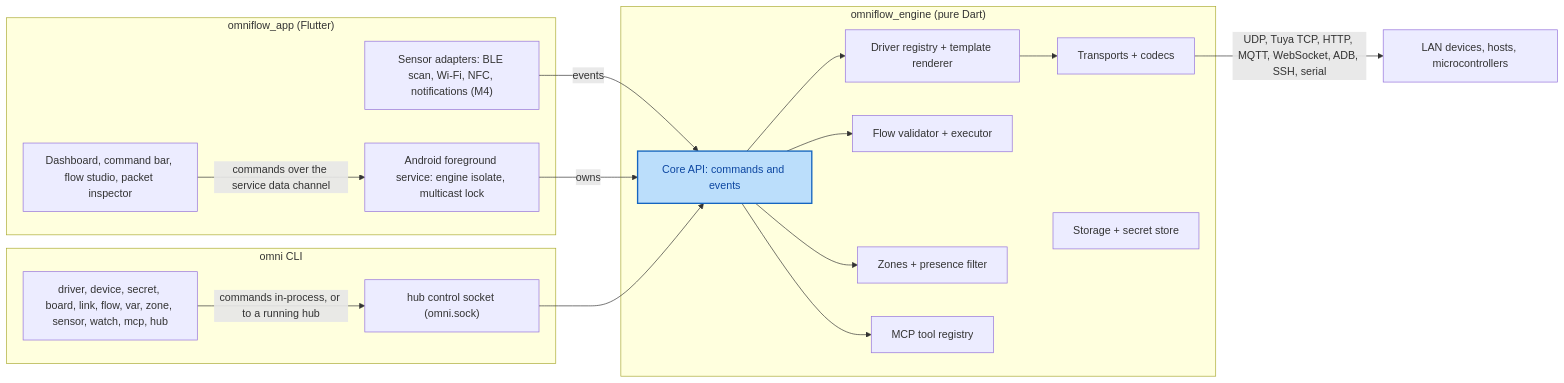
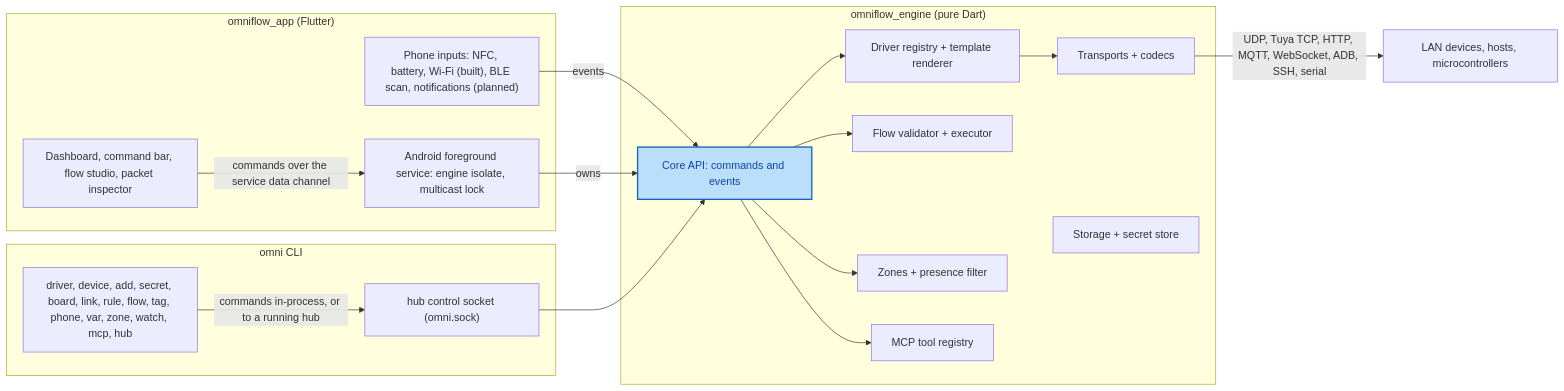
The first of 2 diagrams in docs/DESIGN.md (jashnimje/omni-flow), drawn with Mermaid before and after one commit. The commit also changed other lines of this file and 135 other files, not shown here.

````diff
--- a/docs/DESIGN.md
+++ b/docs/DESIGN.md
@@ -26,33 +26,33 @@
 ```mermaid
 flowchart LR
   subgraph app["omniflow_app (Flutter)"]
     ui["Dashboard, command bar, flow studio, packet inspector"]
-    sensors["Sensor adapters: BLE scan, Wi-Fi, NFC, notifications (M4)"]
+    sensors["Phone inputs: NFC, battery, Wi-Fi (built), BLE scan, notifications (planned)"]
     svc["Android foreground service: engine isolate, multicast lock"]
   end
   subgraph engine["omniflow_engine (pure Dart)"]
     api["Core API: commands and events"]
     drivers["Driver registry + template renderer"]
     transports["Transports + codecs"]
     dag["Flow validator + executor"]
     presence["Zones + presence filter"]
     store["Storage + secret store"]
     mcp["MCP tool registry"]
   end
   subgraph cli["omni CLI"]
-    cmds["driver, device, secret, board, link, flow, var, zone, sensor, watch, mcp, hub"]
+    cmds["driver, device, add, secret, board, link, rule, flow, tag, phone, var, zone, watch, mcp, hub"]
     sock["hub control socket (omni.sock)"]
   end
   devices["LAN devices, hosts, microcontrollers"]
   ui -- "commands over the service data channel" --> svc
   sensors -- "events" --> api
   svc -- "owns" --> api
   cmds -- "commands in-process, or to a running hub" --> sock
   sock --> api
   api --> drivers --> transports -- "UDP, Tuya TCP, HTTP, MQTT, WebSocket, ADB, SSH, serial" --> devices
   api --> dag
   api --> presence
   api --> mcp
   classDef new fill:#bbdefb,stroke:#1565c0,color:#0d47a1,stroke-width:2px
   class api new
 ```
````
